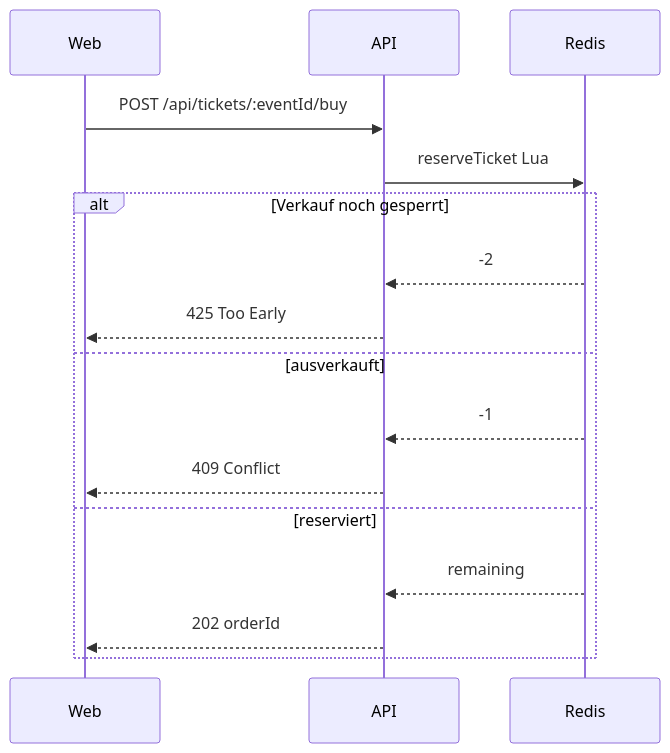
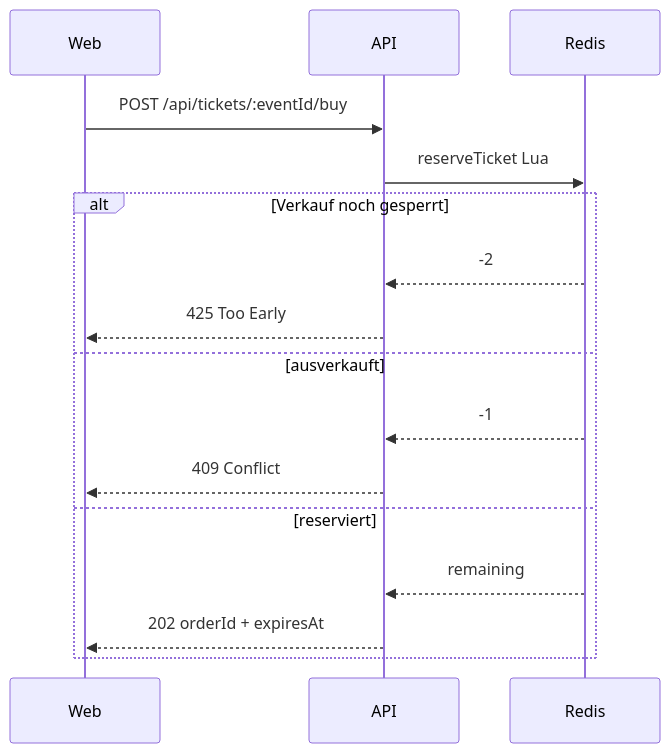
One commit to schuler-ph/high-frequency-ticket-system changed the third of 5 diagrams in docs/ARCHITECTURE.md. Above: the diagram before and after it, drawn with Mermaid. The commit also changed other lines of this file and 12 other files, not shown here.

First line of the commit message:
feat(api): Eligibility Deadline als expiresAt exponieren

````diff
--- a/docs/ARCHITECTURE.md
+++ b/docs/ARCHITECTURE.md
@@ -112,19 +112,19 @@
 ```mermaid
 sequenceDiagram
     participant Web
     participant API
     participant Redis
 
     Web->>API: POST /api/tickets/:eventId/buy
     API->>Redis: reserveTicket Lua
     alt Verkauf noch gesperrt
         Redis-->>API: -2
         API-->>Web: 425 Too Early
     else ausverkauft
         Redis-->>API: -1
         API-->>Web: 409 Conflict
     else reserviert
         Redis-->>API: remaining
-        API-->>Web: 202 orderId
+        API-->>Web: 202 orderId + expiresAt
     end
 ```
````
